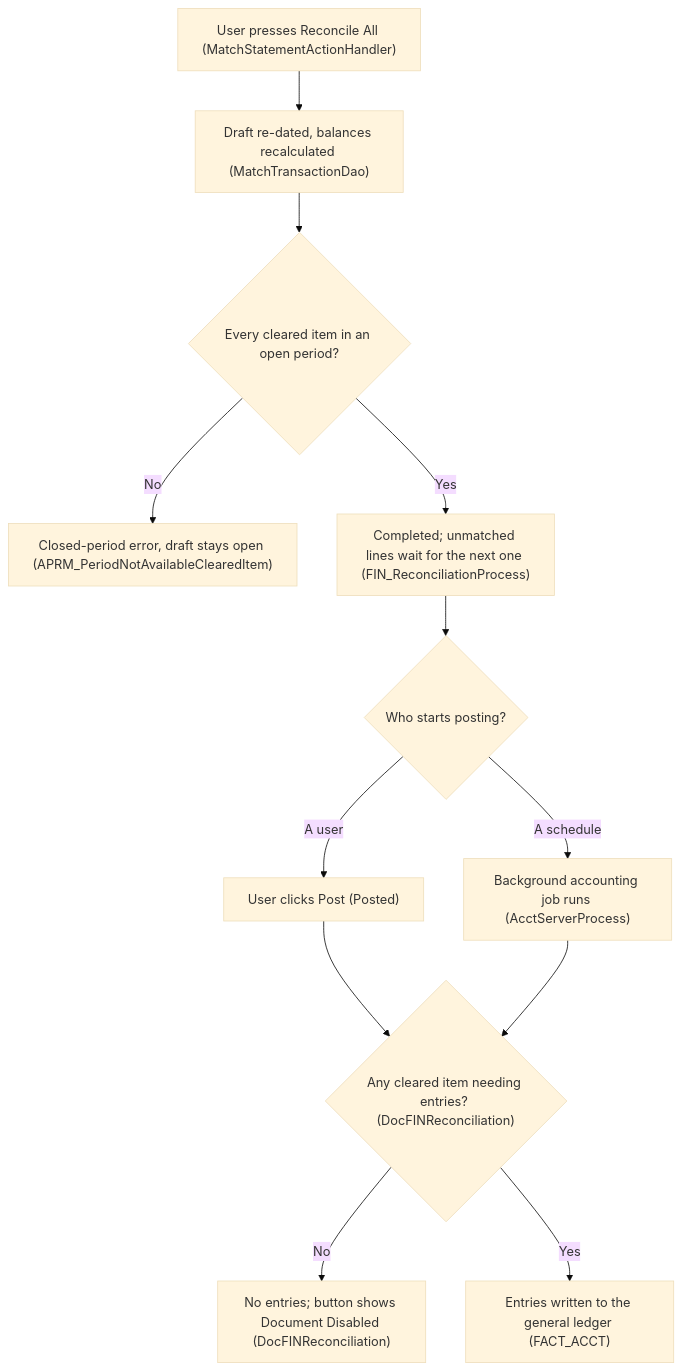
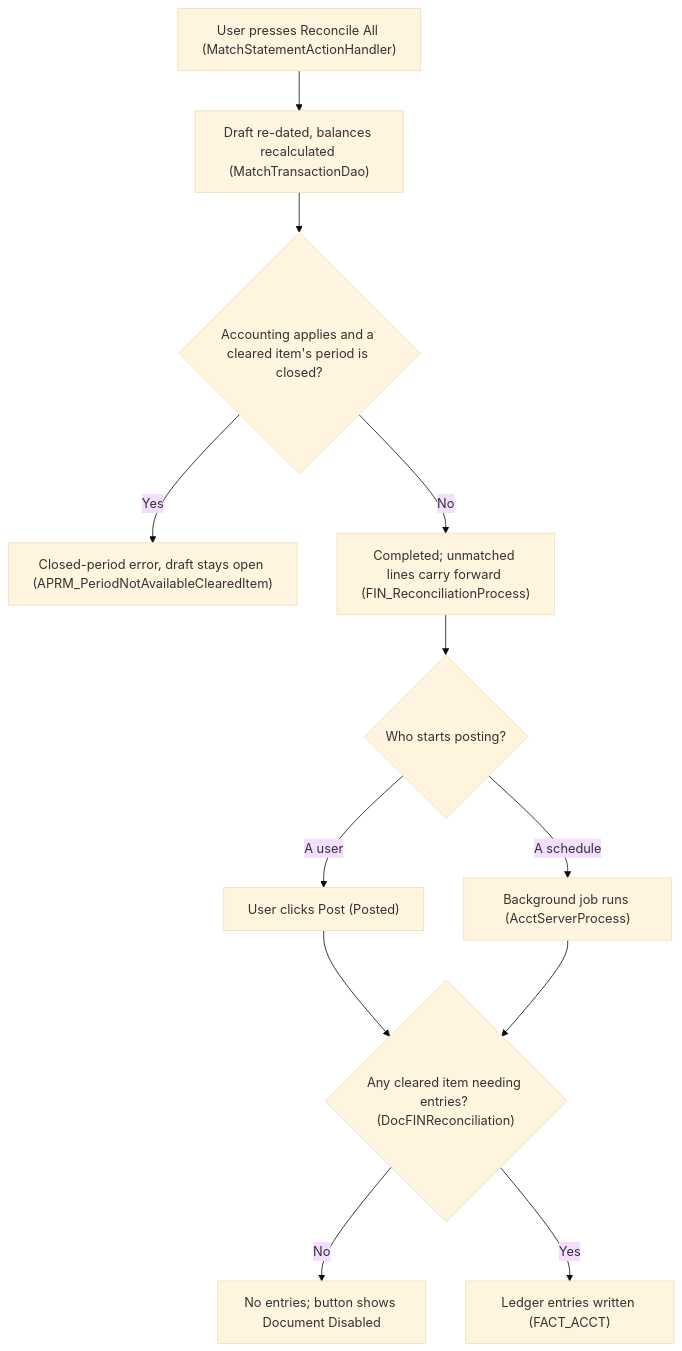
The third of 9 diagrams in docs/analysis/analysis-1-current-state-reconciliation.md (blitzy-public-samples/openbravo-erp), drawn with Mermaid (base theme) before and after one commit. The commit also changed other lines of this file and 1 other file, not shown here.

````diff
--- a/docs/analysis/analysis-1-current-state-reconciliation.md
+++ b/docs/analysis/analysis-1-current-state-reconciliation.md
@@ -116,14 +118,16 @@
 ```mermaid
 flowchart TD
+    accTitle: Figure 3. Completing and Posting the Reconciliation
+    accDescr: The first diamond can refuse completion; the second shows what starts posting.
     A["User presses Reconcile All (MatchStatementActionHandler)"] --> B["Draft re-dated, balances recalculated (MatchTransactionDao)"]
-    B --> C{"Every cleared item in an open period?"}
-    C -->|No| D["Closed-period error, draft stays open (APRM_PeriodNotAvailableClearedItem)"]
-    C -->|Yes| E["Completed; unmatched lines wait for the next one (FIN_ReconciliationProcess)"]
+    B --> C{"Accounting applies and a cleared item's period is closed?"}
+    C -->|Yes| D["Closed-period error, draft stays open (APRM_PeriodNotAvailableClearedItem)"]
+    C -->|No| E["Completed; unmatched lines carry forward (FIN_ReconciliationProcess)"]
     E --> F{"Who starts posting?"}
     F -->|A user| G["User clicks Post (Posted)"]
-    F -->|A schedule| H["Background accounting job runs (AcctServerProcess)"]
+    F -->|A schedule| H["Background job runs (AcctServerProcess)"]
     G --> I{"Any cleared item needing entries? (DocFINReconciliation)"}
     H --> I
-    I -->|No| J["No entries; button shows Document Disabled (DocFINReconciliation)"]
-    I -->|Yes| K["Entries written to the general ledger (FACT_ACCT)"]
+    I -->|No| J["No entries; button shows Document Disabled"]
+    I -->|Yes| K["Ledger entries written (FACT_ACCT)"]
 ```
````
